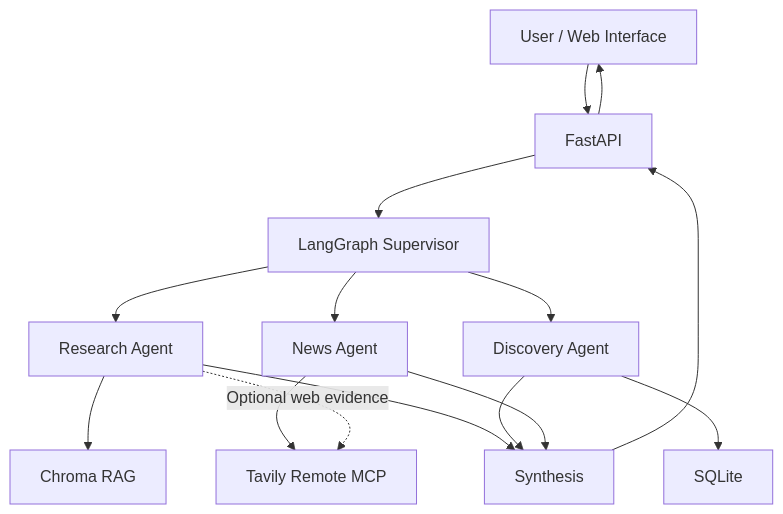
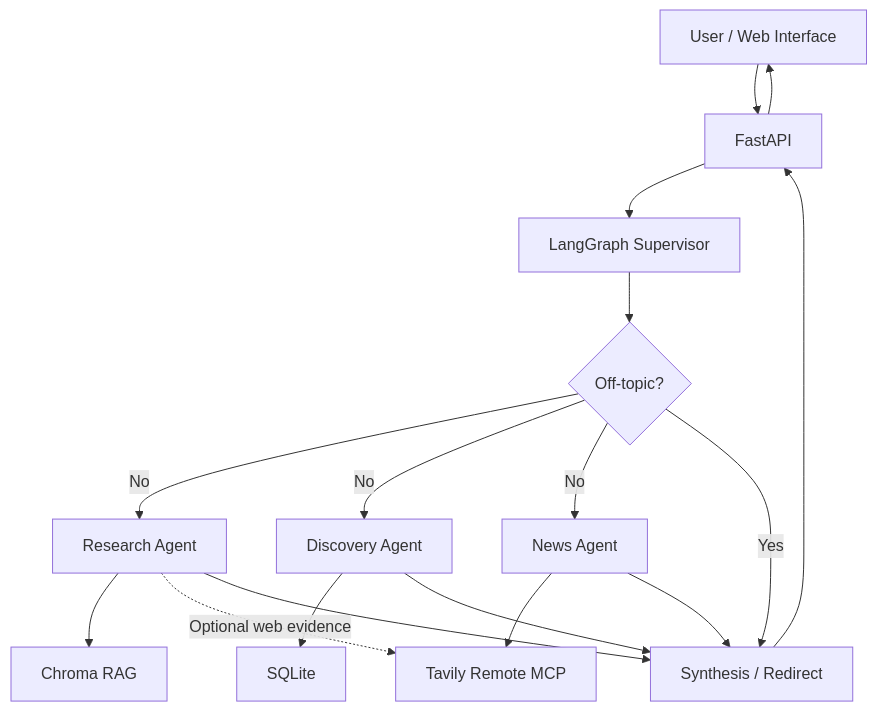
One commit to AkankshaSM/cinescope changed the diagram in README.md. Above: the diagram before and after it, drawn with Mermaid. The commit also changed other lines of this file and 1 other file, not shown here.

````diff
--- a/README.md
+++ b/README.md
@@ -27,21 +27,23 @@
 ```mermaid
 flowchart TD
     U["User / Web Interface"] --> API["FastAPI"]
     API --> S["LangGraph Supervisor"]
 
-    S --> R["Research Agent"]
-    S --> D["Discovery Agent"]
-    S --> N["News Agent"]
+    S --> O{"Off-topic?"}
+    O -->|No| R["Research Agent"]
+    O -->|No| D["Discovery Agent"]
+    O -->|No| N["News Agent"]
 
     R --> C["Chroma RAG"]
     D --> SQL["SQLite"]
     N --> T["Tavily Remote MCP"]
     R -. "Optional web evidence" .-> T
 
-    R --> SYN["Synthesis"]
+    O -->|Yes| SYN["Synthesis / Redirect"]
+    R --> SYN
     D --> SYN
     N --> SYN
 
     SYN --> API
     API --> U
 ```
````
